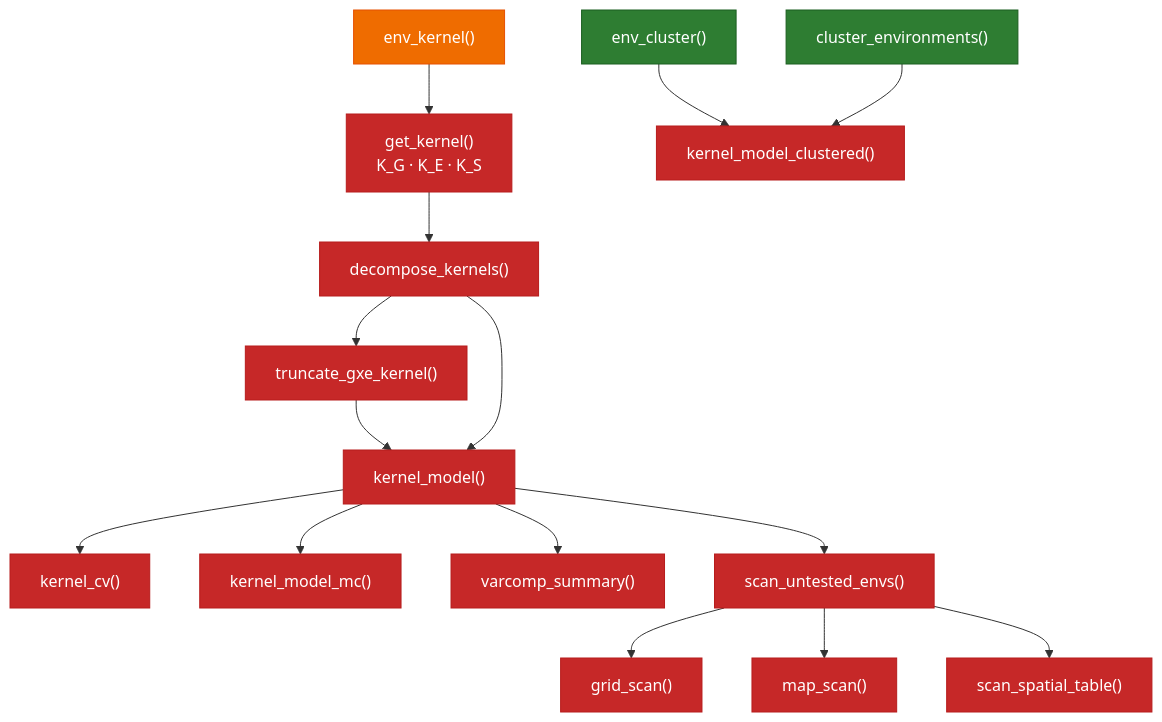
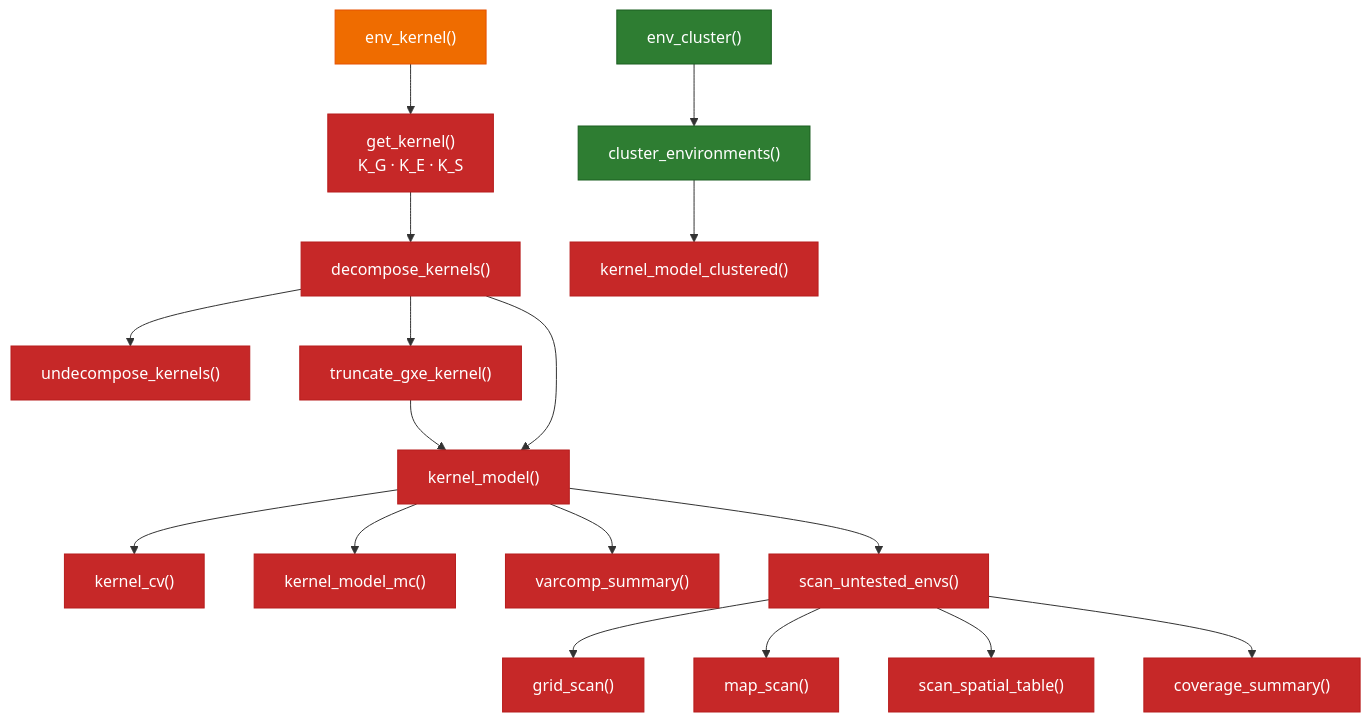
Before and after one commit to gcostaneto/EnvRtype: the fourth of 5 diagrams in README.md, drawn with Mermaid. The commit also changed other lines of this file, not shown here.

````diff
--- a/README.md
+++ b/README.md
@@ -183,40 +228,44 @@
 ```mermaid
 flowchart TB
   EK["env_kernel()"]
   GK["get_kernel()<br/>K_G · K_E · K_S"]
   DK["decompose_kernels()"]
+  UDK["undecompose_kernels()"]
   TGK["truncate_gxe_kernel()"]
   KM["kernel_model()"]
   KCV["kernel_cv()"]
   KMC["kernel_model_clustered()"]
   KMM["kernel_model_mc()"]
   ECL["env_cluster()"]
   CLE["cluster_environments()"]
   VCS["varcomp_summary()"]
   SUE["scan_untested_envs()"]
   GSC["grid_scan()"]
   MSC["map_scan()"]
   SST["scan_spatial_table()"]
+  CVS["coverage_summary()"]
 
   EK --> GK
   GK --> DK
+  DK --> UDK
   DK --> TGK
   TGK --> KM
   DK --> KM
   KM --> KCV
   KM --> VCS
   KM --> SUE
-  ECL --> KMC
+  ECL --> CLE
   CLE --> KMC
   KM --> KMM
   SUE --> GSC
   SUE --> MSC
   SUE --> SST
+  SUE --> CVS
 
   classDef pred fill:#c62828,stroke:#b71c1c,color:#fff
   classDef rel fill:#ef6c00,stroke:#e65100,color:#fff
   classDef char fill:#2e7d32,stroke:#1b5e20,color:#fff
-  class GK,DK,TGK,KM,KCV,KMC,KMM,VCS,SUE,GSC,MSC,SST pred
+  class GK,DK,UDK,TGK,KM,KCV,KMC,KMM,VCS,SUE,GSC,MSC,SST,CVS pred
   class EK rel
   class ECL,CLE char
 ```
````
